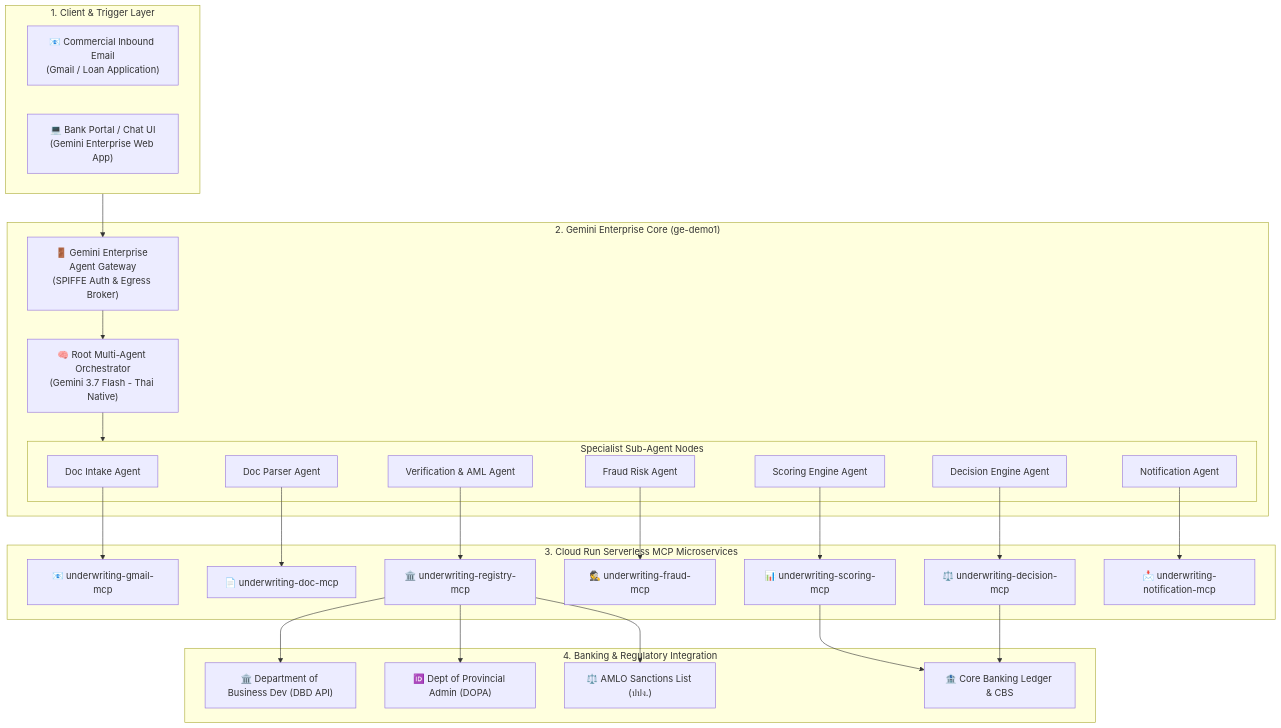
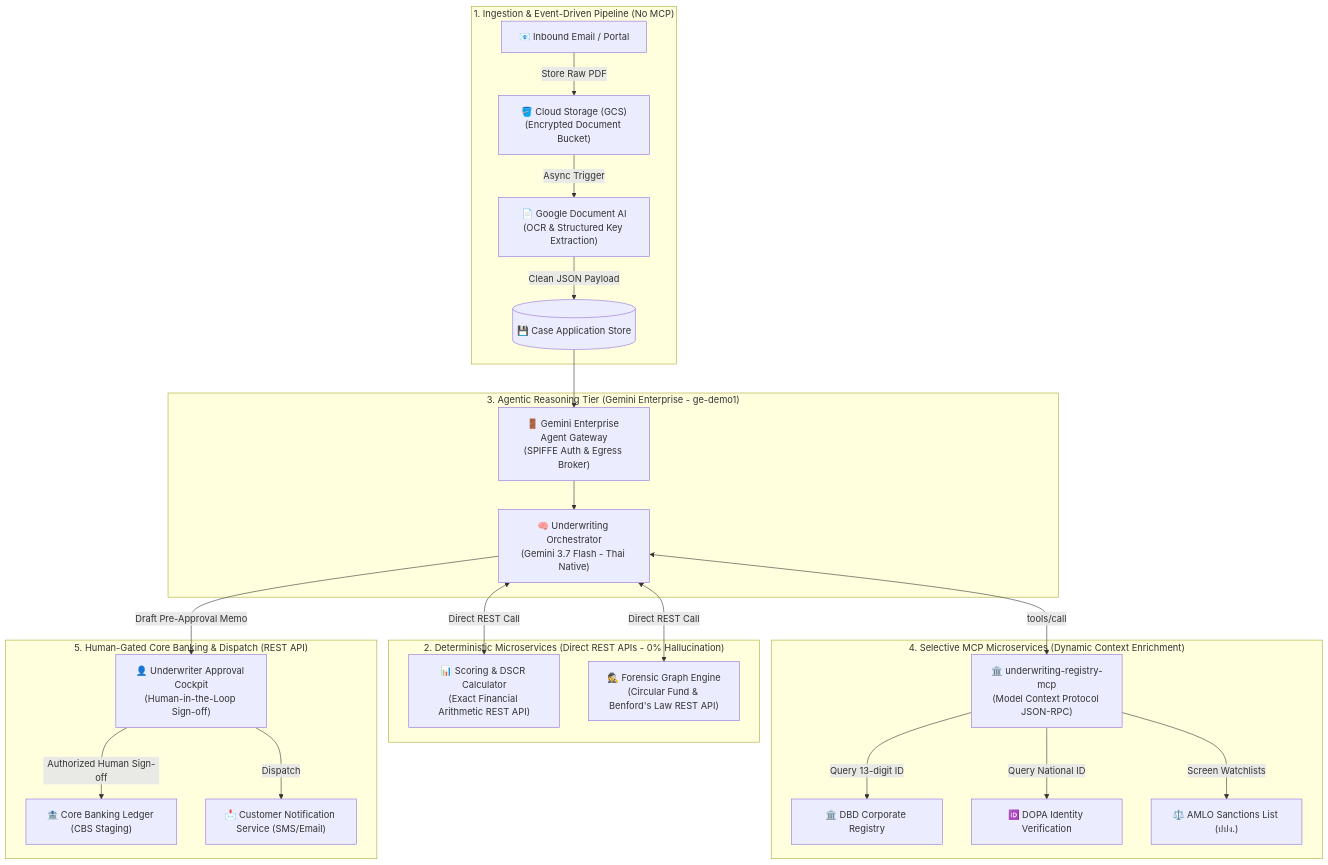
The first of 2 diagrams in ARCHITECTURE.md (pheeraphongaj/gemini-enterprise-mcp-underwriting), drawn with Mermaid before and after one commit. The commit also changed other lines of this file, not shown here.

Commit message:
docs: update architecture with pragmatic hybrid model (separating MCP from direct REST and storage pipelines)

````diff
--- a/ARCHITECTURE.md
+++ b/ARCHITECTURE.md
@@ -35,57 +41,44 @@
 ```mermaid
 flowchart TB
-    subgraph ClientLayer ["1. Client & Trigger Layer"]
-        Email["📧 Commercial Inbound Email<br>(Gmail / Loan Application)"]
-        Portal["💻 Bank Portal / Chat UI<br>(Gemini Enterprise Web App)"]
+    subgraph IntakeLayer ["1. Ingestion & Event-Driven Pipeline (No MCP)"]
+        Email["📧 Inbound Email / Portal"] -->|Store Raw PDF| GCS["🪣 Cloud Storage (GCS)<br>(Encrypted Document Bucket)"]
+        GCS -->|Async Trigger| DocAI["📄 Google Document AI<br>(OCR & Structured Key Extraction)"]
+        DocAI -->|Clean JSON Payload| AppDB[("💾 Case Application Store")]
     end
 
-    subgraph OrchestrationLayer ["2. Gemini Enterprise Core (ge-demo1)"]
-        AgentGateway["🚪 Gemini Enterprise Agent Gateway<br>(SPIFFE Auth & Egress Broker)"]
-        RootAgent["🧠 Root Multi-Agent Orchestrator<br>(Gemini 3.7 Flash - Thai Native)"]
-        
-        subgraph SubAgents ["Specialist Sub-Agent Nodes"]
-            N1["Doc Intake Agent"]
-            N2["Doc Parser Agent"]
-            N3["Verification & AML Agent"]
-            N4["Fraud Risk Agent"]
-            N5["Scoring Engine Agent"]
-            N6["Decision Engine Agent"]
-            N7["Notification Agent"]
-        end
+    subgraph DeterministicAPIs ["2. Deterministic Microservices (Direct REST APIs - 0% Hallucination)"]
+        REST_Math["📊 Scoring & DSCR Calculator<br>(Exact Financial Arithmetic REST API)"]
+        REST_Fraud["🕵️ Forensic Graph Engine<br>(Circular Fund & Benford's Law REST API)"]
     end
 
-    subgraph MCPLayer ["3. Cloud Run Serverless MCP Microservices"]
-        MCP1["📧 underwriting-gmail-mcp"]
-        MCP2["📄 underwriting-doc-mcp"]
-        MCP3["🏛️ underwriting-registry-mcp"]
-        MCP4["🕵️ underwriting-fraud-mcp"]
-        MCP5["📊 underwriting-scoring-mcp"]
-        MCP6["⚖️ underwriting-decision-mcp"]
-        MCP7["📩 underwriting-notification-mcp"]
+    subgraph OrchestrationLayer ["3. Agentic Reasoning Tier (Gemini Enterprise - ge-demo1)"]
+        AgentGateway["🚪 Gemini Enterprise Agent Gateway<br>(SPIFFE Auth & Egress Broker)"]
+        RootAgent["🧠 Underwriting Orchestrator<br>(Gemini 3.7 Flash - Thai Native)"]
+        
+        AppDB --> AgentGateway
+        AgentGateway --> RootAgent
+        
+        RootAgent <-->|Direct REST Call| REST_Math
+        RootAgent <-->|Direct REST Call| REST_Fraud
     end
 
-    subgraph DataIntegrations ["4. Banking & Regulatory Integration"]
-        DBD["🏛️ Department of Business Dev (DBD API)"]
-        DOPA["🆔 Dept of Provincial Admin (DOPA)"]
-        AML["⚖️ AMLO Sanctions List (ปปง.)"]
-        CBS["🏦 Core Banking Ledger & CBS"]
+    subgraph MCPLayer ["4. Selective MCP Microservices (Dynamic Context Enrichment)"]
+        MCP_Registry["🏛️ underwriting-registry-mcp<br>(Model Context Protocol JSON-RPC)"]
+        
+        RootAgent <-->|tools/call| MCP_Registry
+        
+        MCP_Registry -->|Query 13-digit ID| DBD["🏛️ DBD Corporate Registry"]
+        MCP_Registry -->|Query National ID| DOPA["🆔 DOPA Identity Verification"]
+        MCP_Registry -->|Screen Watchlists| AML["⚖️ AMLO Sanctions List (ปปง.)"]
     end
 
-    ClientLayer --> AgentGateway
-    AgentGateway --> RootAgent
-    RootAgent --> SubAgents
-    
-    N1 --> MCP1
-    N2 --> MCP2
-    N3 --> MCP3
-    N4 --> MCP4
-    N5 --> MCP5
-    N6 --> MCP6
-    N7 --> MCP7
-
-    MCP3 --> DBD
-    MCP3 --> DOPA
-    MCP3 --> AML
-    MCP5 --> CBS
-    MCP6 --> CBS
+    subgraph CoreIntegration ["5. Human-Gated Core Banking & Dispatch (REST API)"]
+        HITL["👤 Underwriter Approval Cockpit<br>(Human-in-the-Loop Sign-off)"]
+        CBS["🏦 Core Banking Ledger (CBS Staging)"]
+        Notify["📩 Customer Notification Service (SMS/Email)"]
+        
+        RootAgent -->|Draft Pre-Approval Memo| HITL
+        HITL -->|Authorized Human Sign-off| CBS
+        HITL -->|Dispatch| Notify
+    end
 ```
````
